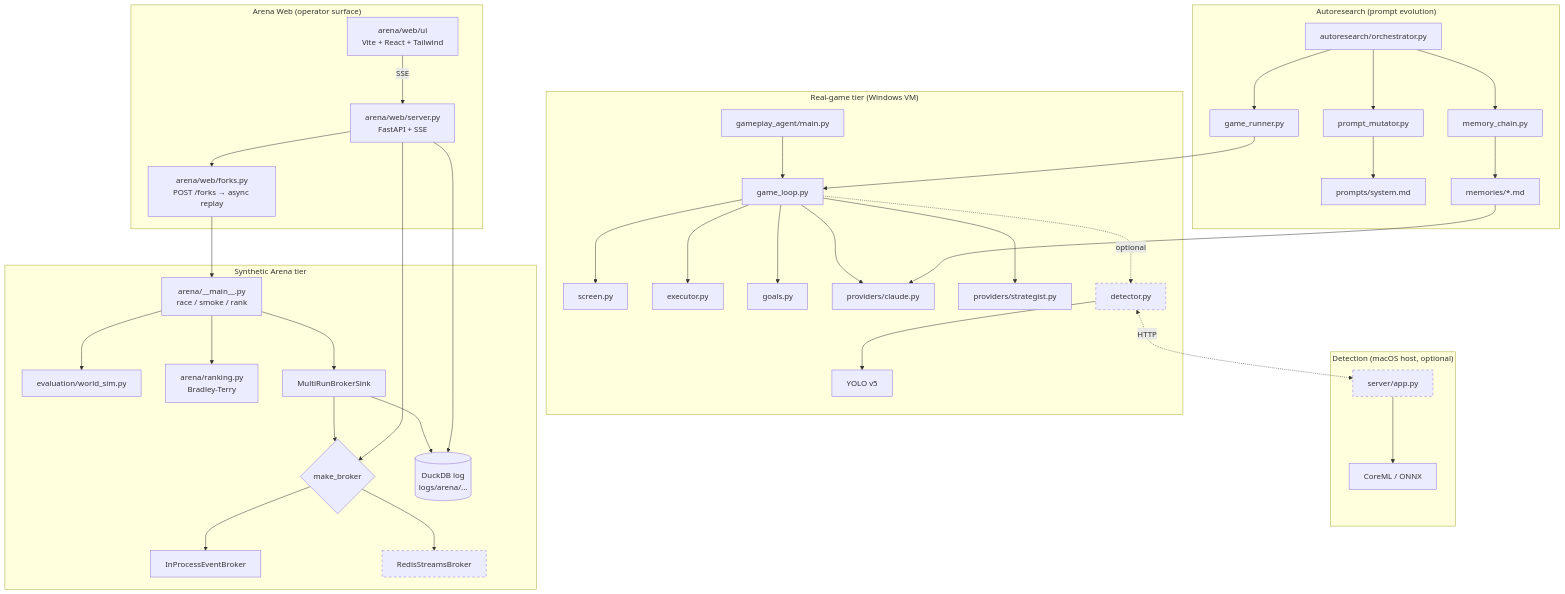
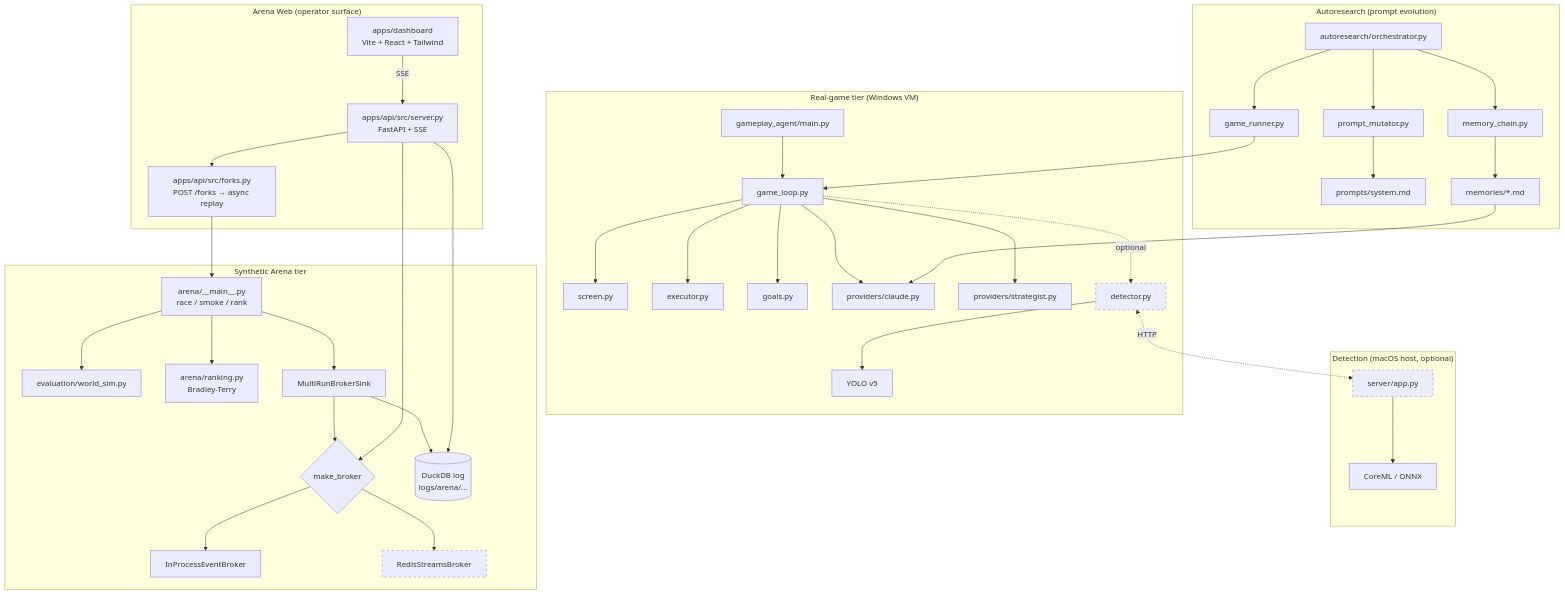
The diagram in docs/index.md (dobosmarton/aoe2-agent), drawn with Mermaid before and after one commit. The commit also changed other lines of this file and 17 other files, not shown here.

````diff
--- a/docs/index.md
+++ b/docs/index.md
@@ -9,50 +9,50 @@
 ```mermaid
 graph TD
     subgraph "Real-game tier (Windows VM)"
         MAIN[gameplay_agent/main.py] --> LOOP[game_loop.py]
         LOOP --> SCREEN[screen.py]
         LOOP --> EXEC[executor.py]
         LOOP --> GOALS[goals.py]
         LOOP --> PROV[providers/claude.py]
         LOOP --> STRAT[providers/strategist.py]
         LOOP -.->|optional| DET[detector.py]
         DET --> YOLO[YOLO v5]
     end
 
     subgraph "Detection (macOS host, optional)"
         DET <-.->|HTTP| SRV[server/app.py]
         SRV --> COREML[CoreML / ONNX]
     end
 
     subgraph "Synthetic Arena tier"
         CLI[arena/__main__.py<br/>race / smoke / rank] --> WORLD[evaluation/world_sim.py]
         CLI --> RANK[arena/ranking.py<br/>Bradley-Terry]
         CLI --> SINK[MultiRunBrokerSink]
         SINK --> BROKER{make_broker}
         BROKER --> INPROC[InProcessEventBroker]
         BROKER --> REDIS[RedisStreamsBroker]
         SINK --> DUCK[(DuckDB log<br/>logs/arena/...)]
     end
 
     subgraph "Arena Web (operator surface)"
-        WEB[arena/web/server.py<br/>FastAPI + SSE] --> BROKER
+        WEB[apps/api/src/server.py<br/>FastAPI + SSE] --> BROKER
         WEB --> DUCK
-        WEB --> FORK[arena/web/forks.py<br/>POST /forks → async replay]
+        WEB --> FORK[apps/api/src/forks.py<br/>POST /forks → async replay]
         FORK --> CLI
-        UI[arena/web/ui<br/>Vite + React + Tailwind] -->|SSE| WEB
+        UI[apps/dashboard<br/>Vite + React + Tailwind] -->|SSE| WEB
     end
 
     subgraph "Autoresearch (prompt evolution)"
         AR[autoresearch/orchestrator.py] --> MUT[prompt_mutator.py]
         MUT --> SYSP[prompts/system.md]
         AR --> RUN[game_runner.py]
         RUN --> LOOP
         AR --> MEM[memory_chain.py]
         MEM --> MEMDIR[memories/*.md]
         MEMDIR --> PROV
     end
 
     style DET stroke-dasharray: 5 5
     style SRV stroke-dasharray: 5 5
     style REDIS stroke-dasharray: 5 5
 ```
````
